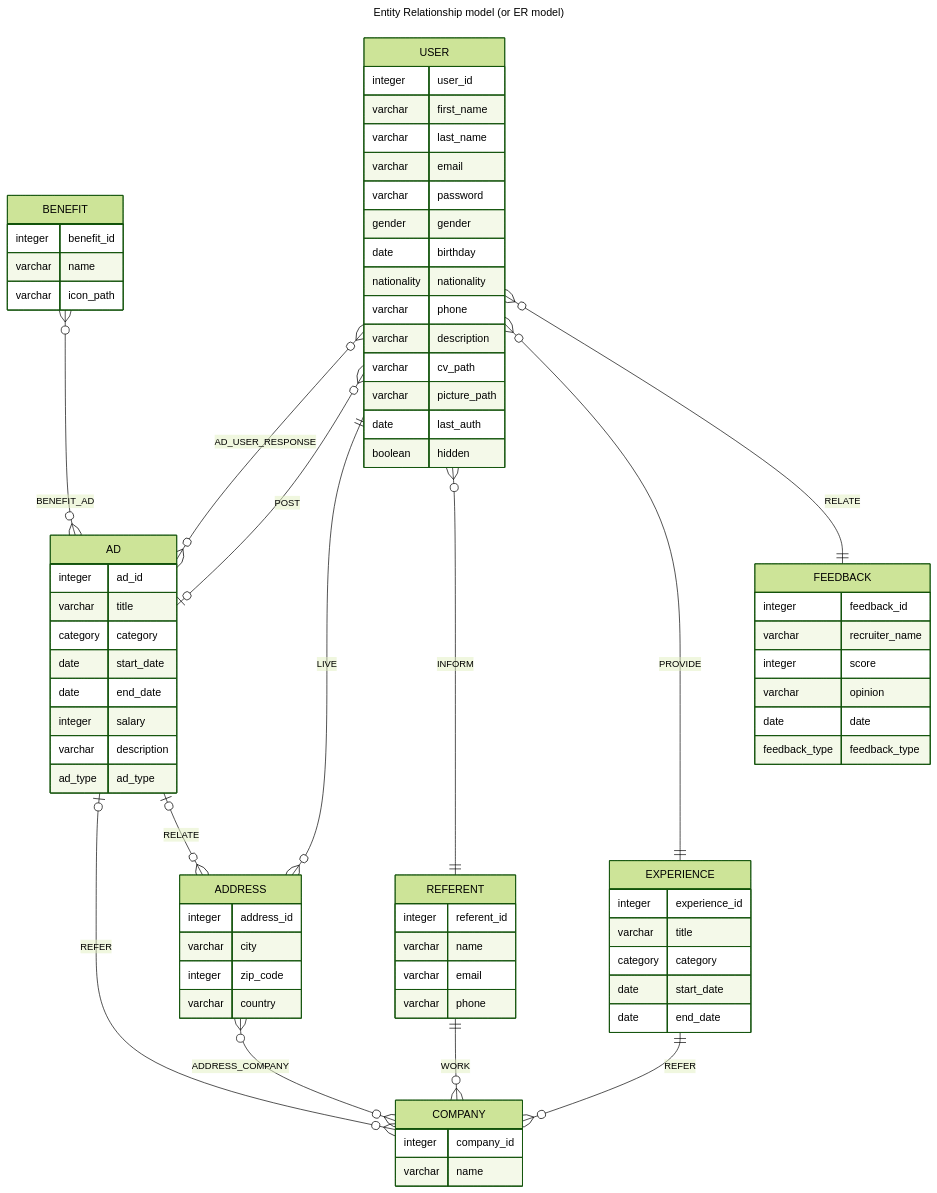
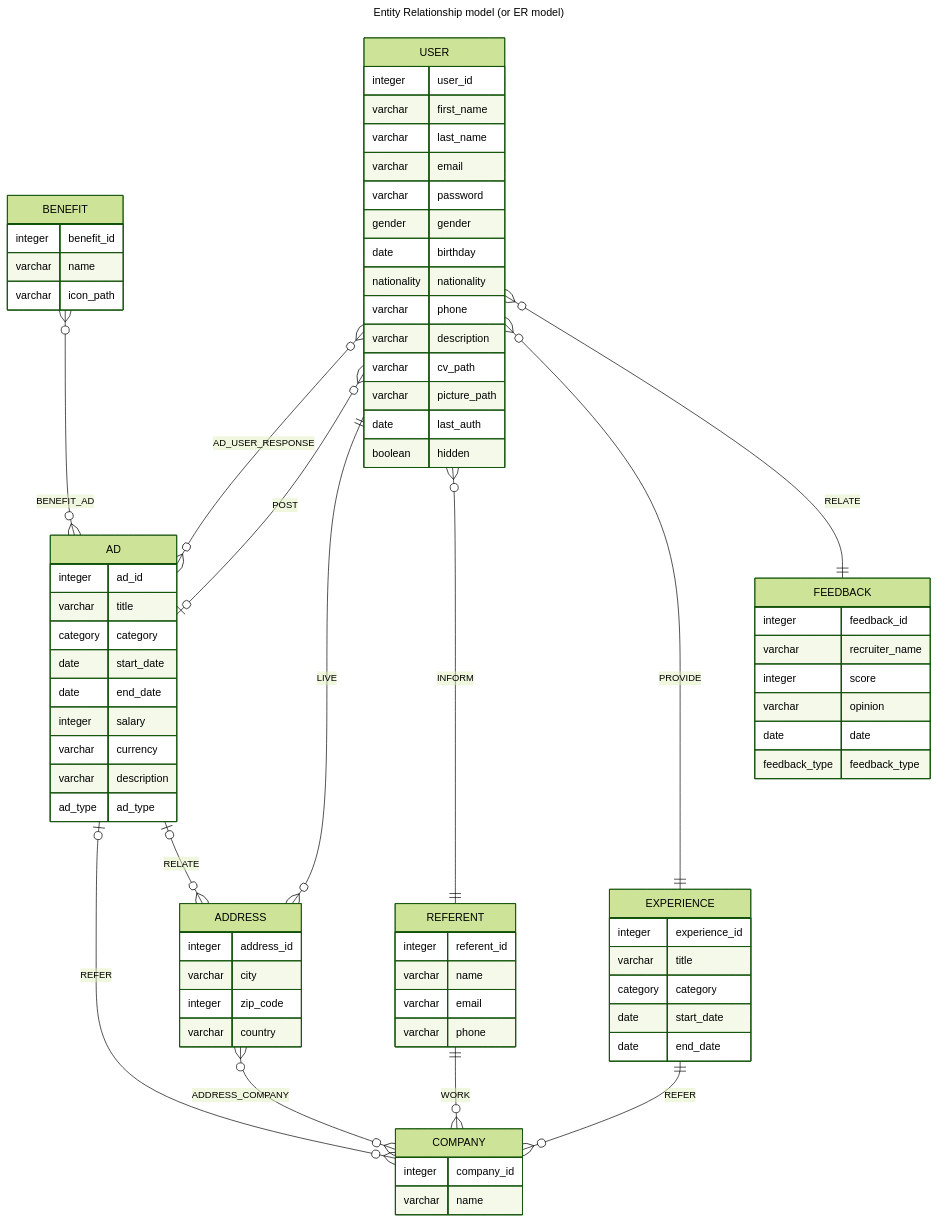
Before and after one commit to sylvain-pierrot/seasonal-workers: the diagram in Documentation/RDBMS.md, drawn with Mermaid (forest theme).

Commit message:
Add currency RDBMS.md (#34)

````diff
--- a/Documentation/RDBMS.md
+++ b/Documentation/RDBMS.md
@@ -28,80 +28,81 @@
 ```mermaid
 ---
 title: Entity Relationship model (or ER model)
 ---
 erDiagram
     BENEFIT {
         integer benefit_id
         varchar name
         varchar icon_path
     }
     AD {
         integer ad_id
         varchar title
         category category
         date start_date
         date end_date
         integer salary
+        varchar currency
         varchar description
         ad_type ad_type
     }
     COMPANY {
         integer company_id
         varchar name
     }
     EXPERIENCE {
         integer experience_id
         varchar title
         category category
         date start_date
         date end_date
     }
     USER {
         integer user_id
         varchar first_name
         varchar last_name
         varchar email
         varchar password
         gender gender
         date birthday
         nationality nationality
         varchar phone
         varchar description
         varchar cv_path
         varchar picture_path
         date last_auth
         boolean hidden
     }
     ADDRESS {
         integer address_id
         varchar city
         integer zip_code
         varchar country
     }
     REFERENT {
         integer referent_id
         varchar name
         varchar email
         varchar phone
     }
     FEEDBACK {
         integer feedback_id
         varchar recruiter_name
         integer score
         varchar opinion
         date date
         feedback_type feedback_type
     }
     BENEFIT o{--}o AD : "BENEFIT_AD"
     AD o|--}o COMPANY : "REFER"
     AD o|--}o ADDRESS : "RELATE"
     USER o{--}o AD : "AD_USER_RESPONSE"
     EXPERIENCE ||--}o COMPANY : "REFER"
     USER o{--o| AD : "POST"
     USER ||--}o ADDRESS : "LIVE"
     USER o{--|| REFERENT : "INFORM"
     USER o{--|| EXPERIENCE : "PROVIDE"
     USER o{--|| FEEDBACK : "RELATE"
     ADDRESS o{--}o COMPANY : "ADDRESS_COMPANY"
     REFERENT ||--}o COMPANY : "WORK"
 ```
````
